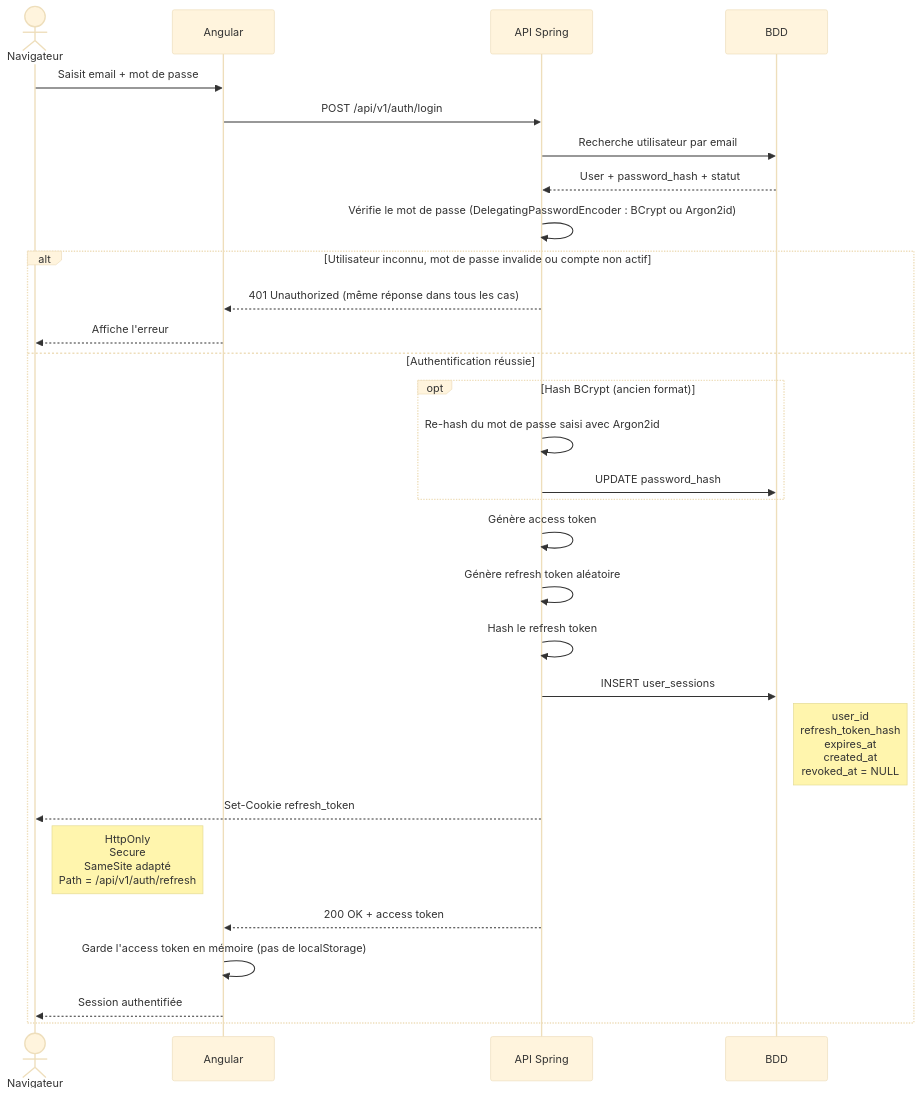
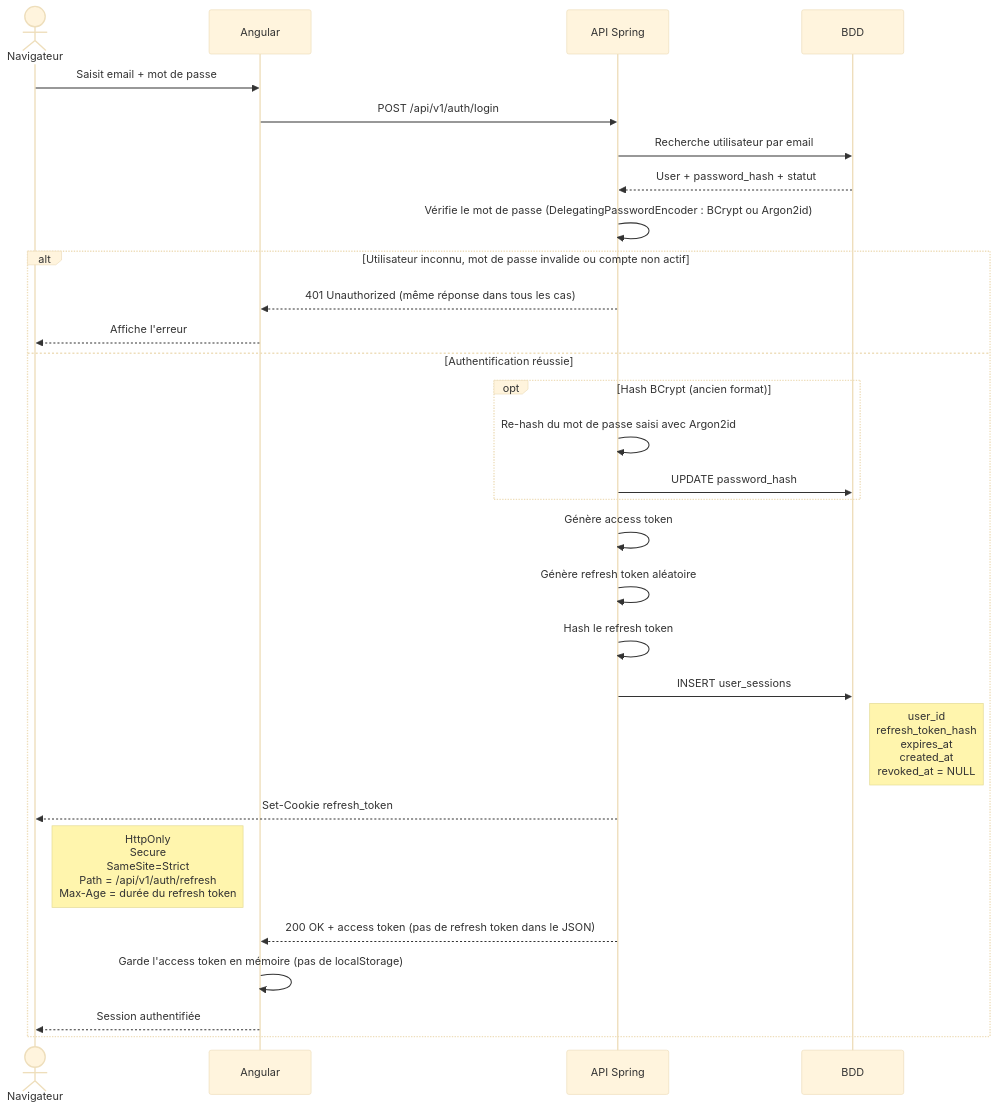
Before and after one commit to Franck1vlt/Parkyn: the diagram in docs/diagrams/login.md, drawn with Mermaid (base theme). The commit also changed other lines of this file and 23 other files, not shown here.

Commit message:
Refresh token en cookie HttpOnly

````diff
--- a/docs/diagrams/login.md
+++ b/docs/diagrams/login.md
@@ -3,37 +3,37 @@
 ```mermaid
 sequenceDiagram
 actor Navigateur
 participant Angular
 participant API as API Spring
 participant BDD
 
     Navigateur->>Angular: Saisit email + mot de passe
     Angular->>API: POST /api/v1/auth/login
     API->>BDD: Recherche utilisateur par email
     BDD-->>API: User + password_hash + statut
 
     API->>API: Vérifie le mot de passe (DelegatingPasswordEncoder : BCrypt ou Argon2id)
 
     alt Utilisateur inconnu, mot de passe invalide ou compte non actif
         API-->>Angular: 401 Unauthorized (même réponse dans tous les cas)
         Angular-->>Navigateur: Affiche l'erreur
     else Authentification réussie
         opt Hash BCrypt (ancien format)
             API->>API: Re-hash du mot de passe saisi avec Argon2id
             API->>BDD: UPDATE password_hash
         end
 
         API->>API: Génère access token
         API->>API: Génère refresh token aléatoire
         API->>API: Hash le refresh token
         API->>BDD: INSERT user_sessions
         Note right of BDD: user_id<br/>refresh_token_hash<br/>expires_at<br/>created_at<br/>revoked_at = NULL
 
         API-->>Navigateur: Set-Cookie refresh_token
-        Note right of Navigateur: HttpOnly<br/>Secure<br/>SameSite adapté<br/>Path = /api/v1/auth/refresh
+        Note right of Navigateur: HttpOnly<br/>Secure<br/>SameSite=Strict<br/>Path = /api/v1/auth/refresh<br/>Max-Age = durée du refresh token
 
-        API-->>Angular: 200 OK + access token
+        API-->>Angular: 200 OK + access token (pas de refresh token dans le JSON)
         Angular->>Angular: Garde l'access token en mémoire (pas de localStorage)
         Angular-->>Navigateur: Session authentifiée
     end
 ```
````
